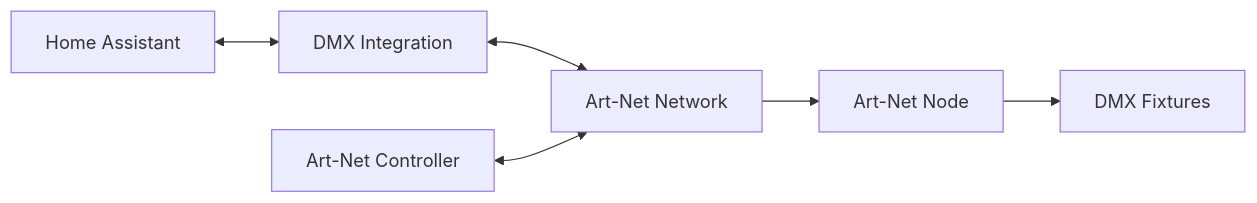
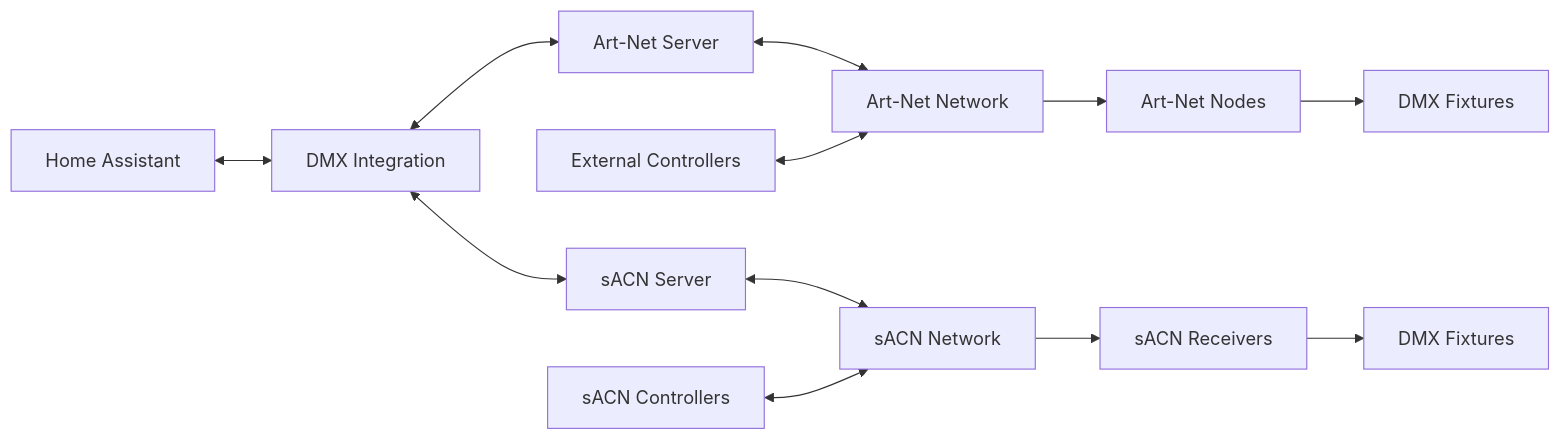
Before and after one commit to Breina/ha-artnet-led: the diagram in README.md, drawn with Mermaid. The commit also changed other lines of this file and 12 other files, not shown here.

````diff
--- a/README.md
+++ b/README.md
@@ -63,8 +84,14 @@
 ```mermaid
 graph LR
-    HA[Home Assistant] <--> ARTNET[DMX Integration]
-    ARTNET <--> NETWORK[Art-Net Network]
-    NETWORK --> NODE[Art-Net Node]
-    NODE --> FIXTURES[DMX Fixtures]
-    CONTROLLER[Art-Net Controller] <--> NETWORK
+    HA[Home Assistant] <--> DMX[DMX Integration]
+    DMX <--> ARTNET[Art-Net Server]
+    DMX <--> SACN[sACN Server]
+    ARTNET <--> ARTNETWORK[Art-Net Network]
+    SACN <--> SACNETWORK[sACN Network]
+    ARTNETWORK --> ARTNODE[Art-Net Nodes]
+    SACNETWORK --> SACNODE[sACN Receivers]
+    ARTNODE --> FIXTURES1[DMX Fixtures]
+    SACNODE --> FIXTURES2[DMX Fixtures]
+    CONTROLLER[External Controllers] <--> ARTNETWORK
+    CONTROLLER2[sACN Controllers] <--> SACNETWORK
 ```
````
